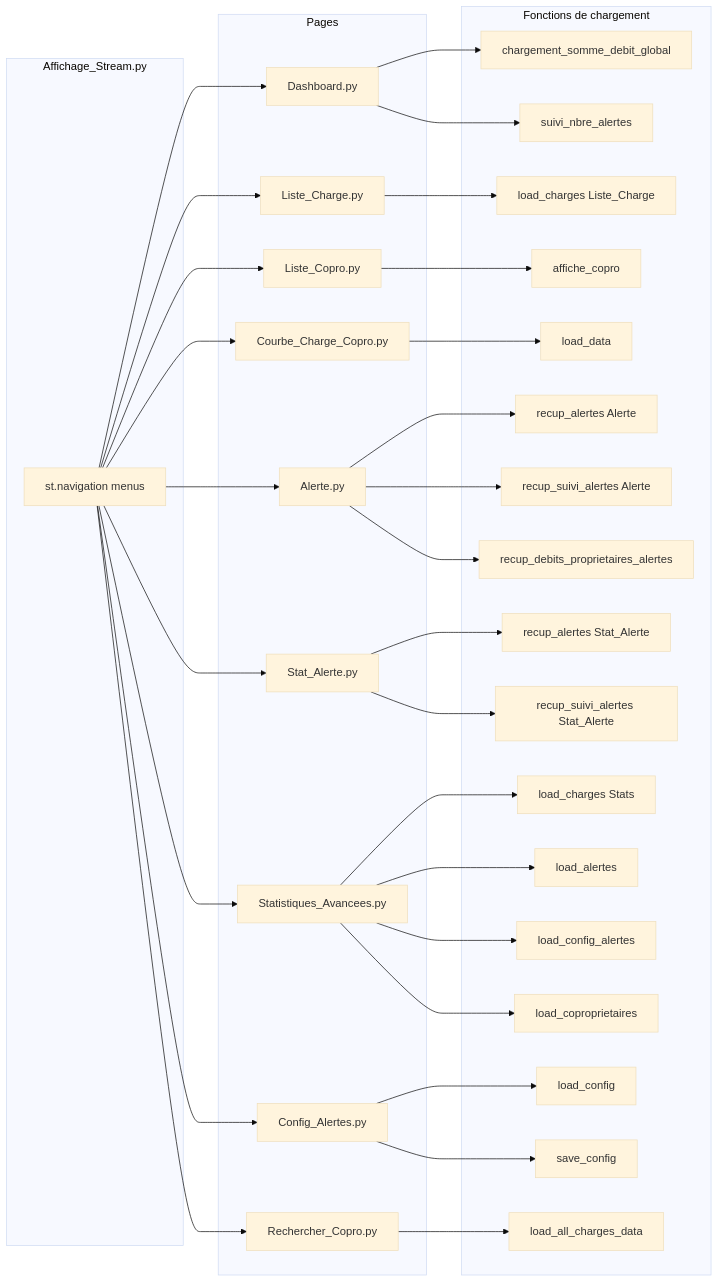
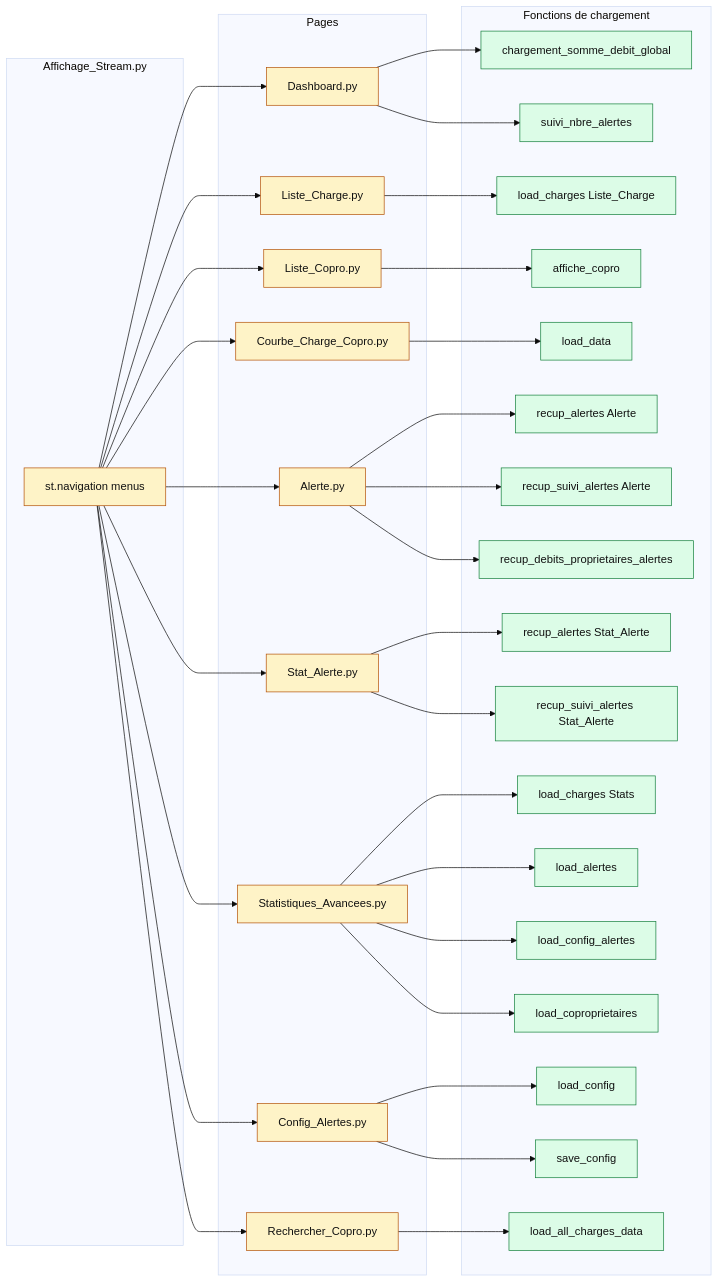
The seventh of 7 diagrams in reports/call_graph.md (therealcorwin/CPTCOPRO), drawn with Mermaid (base theme) before and after one commit. The commit also changed other lines of this file, not shown here.

Commit message:
feat: Update call graph documentation to reflect pipeline v3 architecture and improve clarity

````diff
--- a/reports/call_graph.md
+++ b/reports/call_graph.md
@@ -149,62 +444,68 @@
 ```mermaid
 flowchart LR
+    classDef ui fill:#fef3c7,stroke:#b45309,color:#111,stroke-width:1px;
+    classDef parsing fill:#dcfce7,stroke:#15803d,color:#111,stroke-width:1px;
+
     subgraph APP[Affichage_Stream.py]
         nav[st.navigation menus]
     end
 
     subgraph PAGES[Pages]
         pg_dashboard[Dashboard.py]
         pg_liste_charge[Liste_Charge.py]
         pg_liste_copro[Liste_Copro.py]
         pg_courbe[Courbe_Charge_Copro.py]
         pg_alerte[Alerte.py]
         pg_stat_alerte[Stat_Alerte.py]
         pg_stats_adv[Statistiques_Avancees.py]
         pg_config[Config_Alertes.py]
         pg_search[Rechercher_Copro.py]
     end
 
     subgraph DATA_FUNCTIONS[Fonctions de chargement]
         f_dash1[chargement_somme_debit_global]
         f_dash2[suivi_nbre_alertes]
         f_lc[load_charges Liste_Charge]
         f_lcopro[affiche_copro]
         f_courbe[load_data]
         f_al1[recup_alertes Alerte]
         f_al2[recup_suivi_alertes Alerte]
         f_al3[recup_debits_proprietaires_alertes]
         f_sa1[recup_alertes Stat_Alerte]
         f_sa2[recup_suivi_alertes Stat_Alerte]
         f_sadv1[load_charges Stats]
         f_sadv2[load_alertes]
         f_sadv3[load_config_alertes]
         f_sadv4[load_coproprietaires]
         f_cfg1[load_config]
         f_cfg2[save_config]
         f_rech[load_all_charges_data]
     end
 
     nav --> pg_dashboard --> f_dash1
     pg_dashboard --> f_dash2
 
     nav --> pg_liste_charge --> f_lc
     nav --> pg_liste_copro --> f_lcopro
     nav --> pg_courbe --> f_courbe
 
     nav --> pg_alerte --> f_al1
     pg_alerte --> f_al2
     pg_alerte --> f_al3
 
     nav --> pg_stat_alerte --> f_sa1
     pg_stat_alerte --> f_sa2
 
     nav --> pg_stats_adv --> f_sadv1
     pg_stats_adv --> f_sadv2
     pg_stats_adv --> f_sadv3
     pg_stats_adv --> f_sadv4
 
     nav --> pg_config --> f_cfg1
     pg_config --> f_cfg2
 
     nav --> pg_search --> f_rech
+
+    class nav,pg_dashboard,pg_liste_charge,pg_liste_copro,pg_courbe,pg_alerte,pg_stat_alerte,pg_stats_adv,pg_config,pg_search ui;
+    class f_dash1,f_dash2,f_lc,f_lcopro,f_courbe,f_al1,f_al2,f_al3,f_sa1,f_sa2,f_sadv1,f_sadv2,f_sadv3,f_sadv4,f_cfg1,f_cfg2,f_rech parsing;
 ```
````
